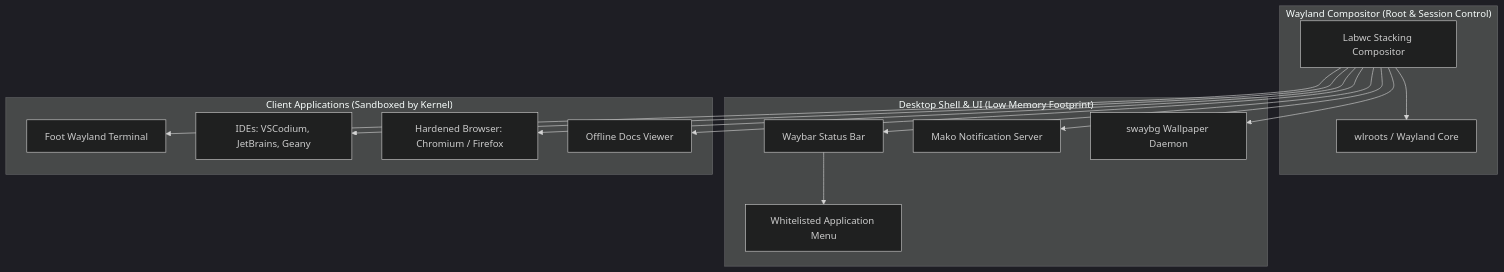
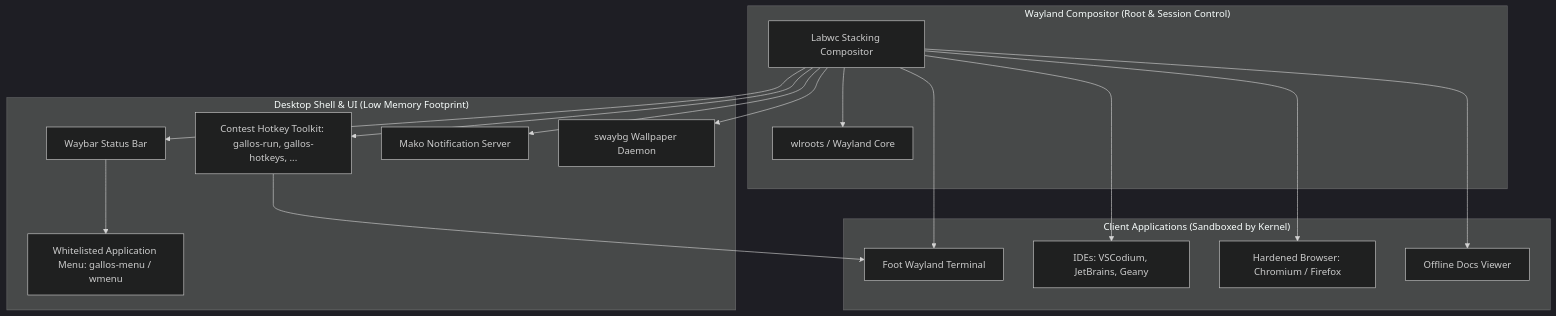
One commit to cesarMath27/GallosOS changed the diagram in docs/WAYLAND_DESKTOP.md. Above: the diagram before and after it, drawn with Mermaid (dark theme). The commit also changed other lines of this file and 40 other files, not shown here.

First line of the commit message:
feat(desktop): formal tiling-style kiosk UI and contest hotkey toolkit

````diff
--- a/docs/WAYLAND_DESKTOP.md
+++ b/docs/WAYLAND_DESKTOP.md
@@ -21,31 +21,34 @@
 ```mermaid
 graph TD
     subgraph "Wayland Compositor (Root & Session Control)"
         Labwc[Labwc Stacking Compositor]
         WLRoots[wlroots / Wayland Core]
     end
 
     subgraph "Desktop Shell & UI (Low Memory Footprint)"
         Waybar[Waybar Status Bar]
-        Menu[Whitelisted Application Menu]
+        Menu[Whitelisted Application Menu: gallos-menu / wmenu]
+        Hotkeys[Contest Hotkey Toolkit: gallos-run, gallos-hotkeys, ...]
         Mako[Mako Notification Server]
         Swaybg[swaybg Wallpaper Daemon]
     end
 
     subgraph "Client Applications (Sandboxed by Kernel)"
         Foot[Foot Wayland Terminal]
         IDEs[IDEs: VSCodium, JetBrains, Geany]
         Browser[Hardened Browser: Chromium / Firefox]
         Docs[Offline Docs Viewer]
     end
 
     Labwc --> WLRoots
     Labwc --> Waybar
+    Labwc --> Hotkeys
     Labwc --> Mako
     Labwc --> Swaybg
     Waybar --> Menu
+    Hotkeys --> Foot
     Labwc --> Foot
     Labwc --> IDEs
     Labwc --> Browser
     Labwc --> Docs
 ```
````
